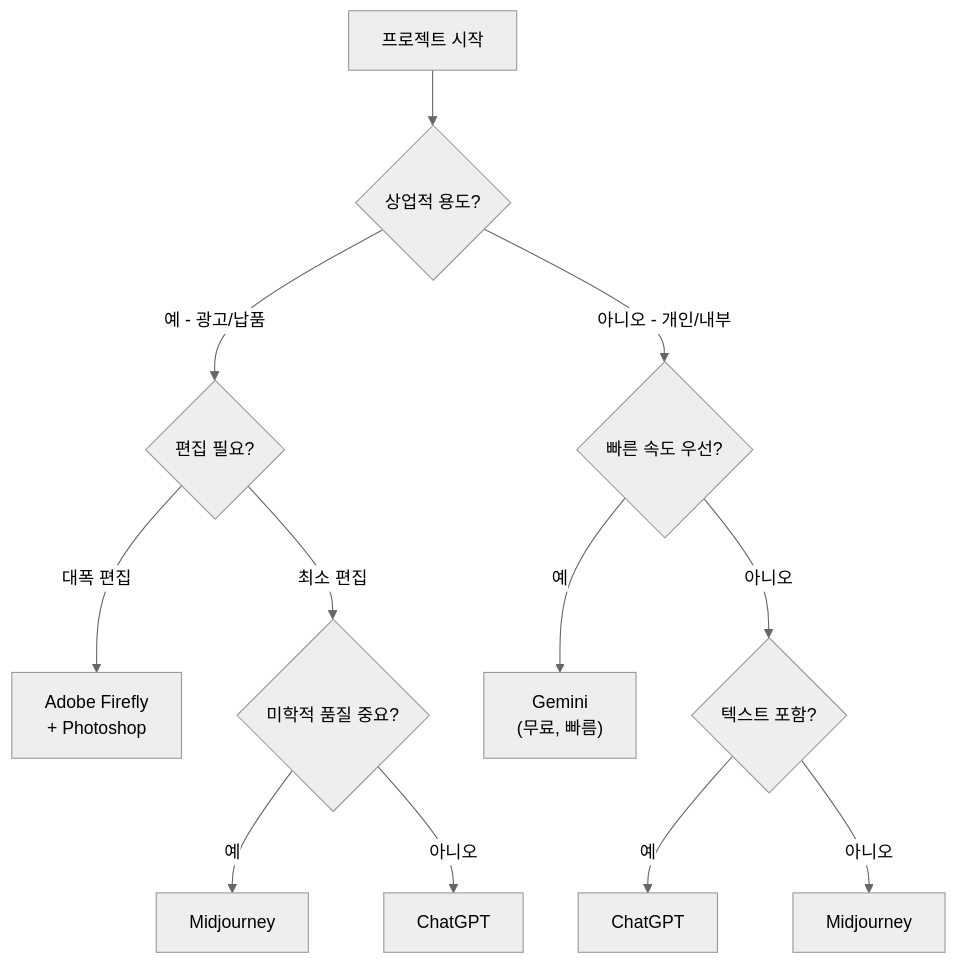
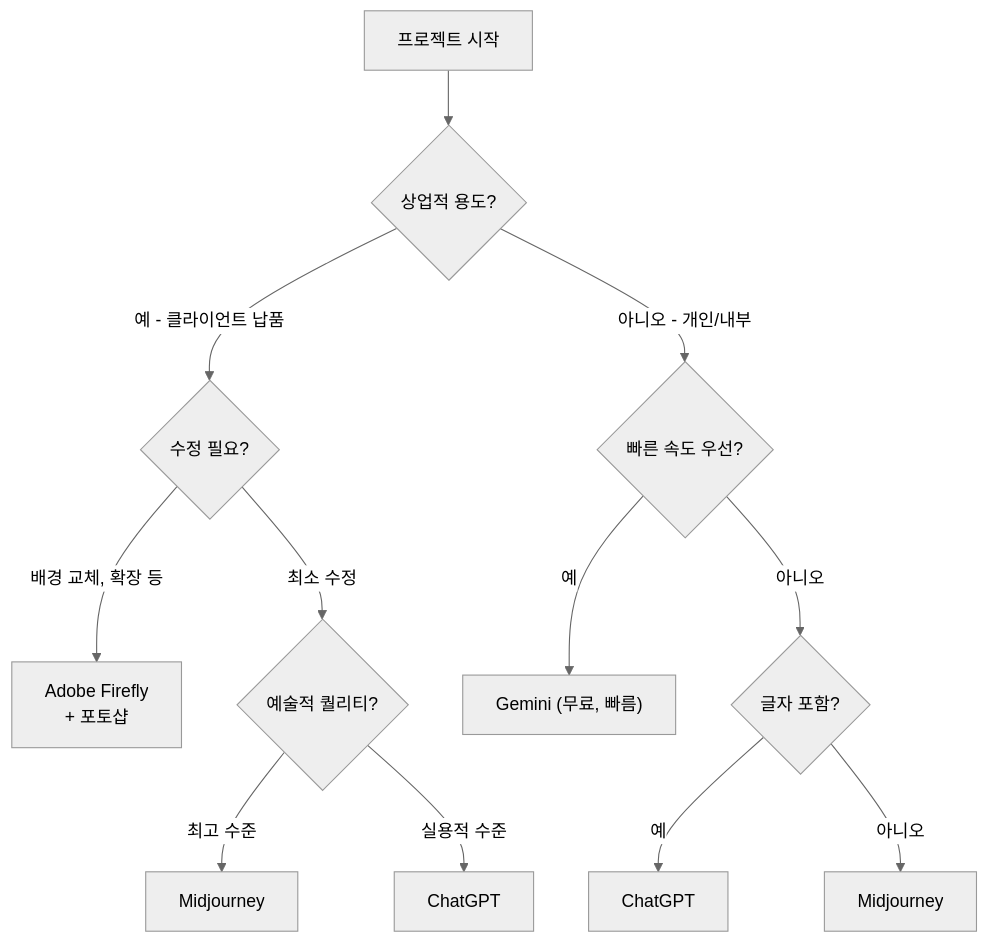
The first of 6 diagrams in 01-ch1-ai-이미지-생성-개론/05-05-실무-시나리오별-플랫폼-선택-가이드.md (jsonpassion/forge-tutorial-promptcanvas), drawn with Mermaid (neutral theme) before and after one commit. The commit also changed other lines of this file and 12 other files, not shown here.

````diff
--- a/01-ch1-ai-이미지-생성-개론/05-05-실무-시나리오별-플랫폼-선택-가이드.md
+++ b/01-ch1-ai-이미지-생성-개론/05-05-실무-시나리오별-플랫폼-선택-가이드.md
@@ -42,14 +28,14 @@
 ```mermaid
 flowchart TD
     A["프로젝트 시작"] --> B{"상업적 용도?"}
-    B -->|"예 - 광고/납품"| C{"편집 필요?"}
+    B -->|"예 - 클라이언트 납품"| C{"수정 필요?"}
     B -->|"아니오 - 개인/내부"| D{"빠른 속도 우선?"}
-    C -->|"대폭 편집"| E["Adobe Firefly<br/>+ Photoshop"]
-    C -->|"최소 편집"| F{"미학적 품질 중요?"}
-    F -->|"예"| G["Midjourney"]
-    F -->|"아니오"| H["ChatGPT"]
-    D -->|"예"| I["Gemini<br/>(무료, 빠름)"]
-    D -->|"아니오"| J{"텍스트 포함?"}
+    C -->|"배경 교체, 확장 등"| E["Adobe Firefly<br/>+ 포토샵"]
+    C -->|"최소 수정"| F{"예술적 퀄리티?"}
+    F -->|"최고 수준"| G["Midjourney"]
+    F -->|"실용적 수준"| H["ChatGPT"]
+    D -->|"예"| I["Gemini (무료, 빠름)"]
+    D -->|"아니오"| J{"글자 포함?"}
     J -->|"예"| K["ChatGPT"]
     J -->|"아니오"| L["Midjourney"]
 ```
````
